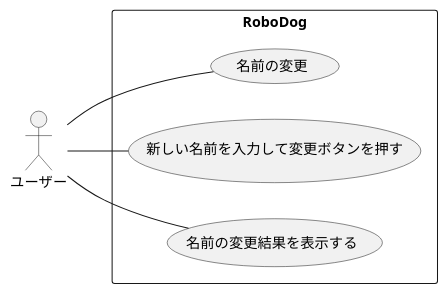
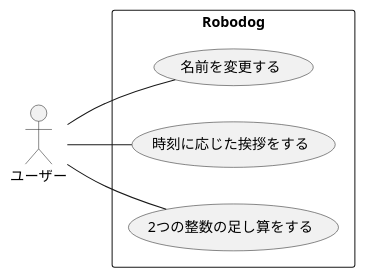
One commit to ko246/ohara_uml changed the diagram in group/06_robo_dog_3/ユースケース図/usecase.pu. Above: the diagram before and after it, drawn with PlantUML. The commit also changed 2 other files, not shown here.

```diff
--- a/group/06_robo_dog_3/ユースケース図/usecase.pu
+++ b/group/06_robo_dog_3/ユースケース図/usecase.pu
@@ -1,12 +1,12 @@
-@startuml 名前変更
+@startuml メニュー項目
 left to right direction
 actor "ユーザー" as fc
-rectangle RoboDog {
-  usecase "名前の変更" as UC1
-  usecase "新しい名前を入力して変更ボタンを押す" as UC2
-  usecase "名前の変更結果を表示する" as UC3
+rectangle Robodog {
+  usecase "名前を変更する" as UC1
+  usecase "時刻に応じた挨拶をする" as UC2
+  usecase "2つの整数の足し算をする" as UC3
 }
 fc -- UC1
 fc -- UC2
 fc -- UC3
 @enduml
```
